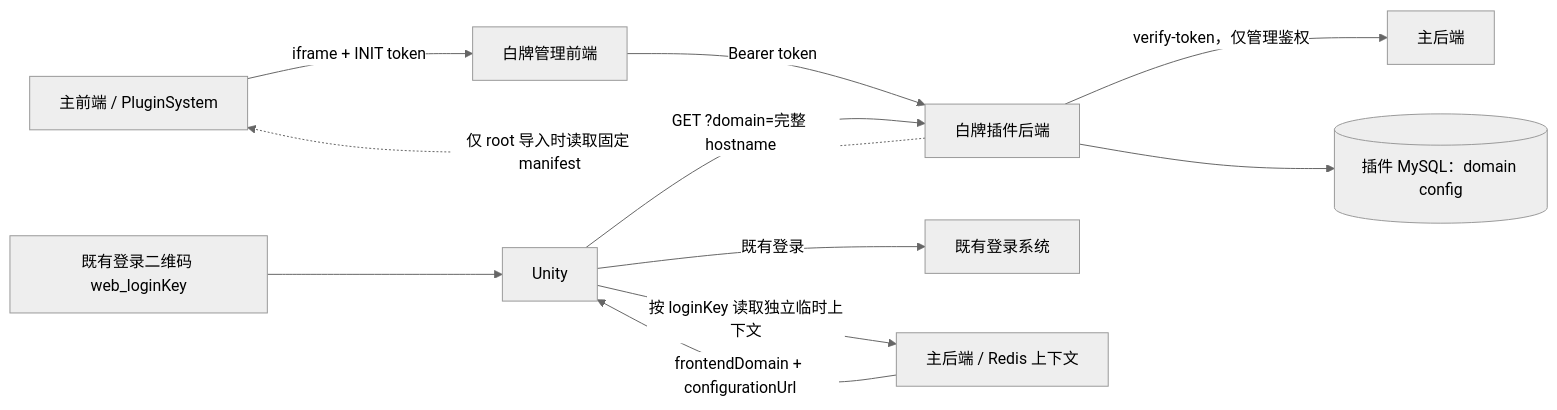
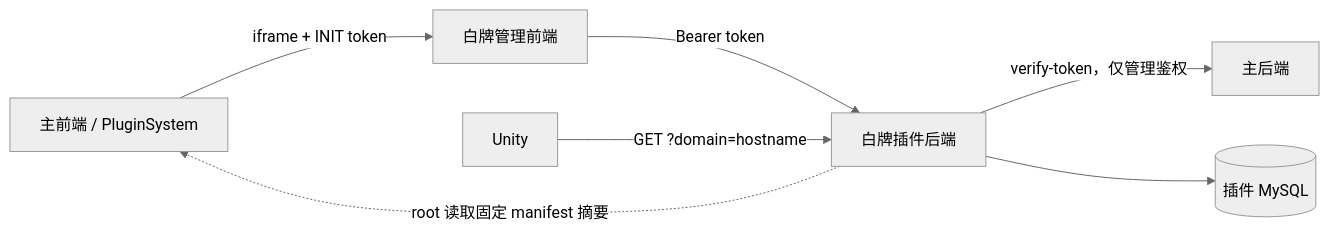
The diagram in docs/architecture.md (7dgame-com/plugin-whitelabel), drawn with Mermaid (neutral theme) before and after one commit. The commit also changed other lines of this file and 31 other files, not shown here.

````diff
--- a/docs/architecture.md
+++ b/docs/architecture.md
@@ -19,14 +18,9 @@
 ```mermaid
 flowchart LR
     Host["主前端 / PluginSystem"] -->|"iframe + INIT token"| UI["白牌管理前端"]
     UI -->|"Bearer token"| API["白牌插件后端"]
     API -->|"verify-token，仅管理鉴权"| Main["主后端"]
-    API -.->|"仅 root 导入时读取固定 manifest"| Host
-    API --> DB[("插件 MySQL：domain config")]
-
-    QR["既有登录二维码 web_loginKey"] --> Unity["Unity"]
-    Unity -->|"既有登录"| Login["既有登录系统"]
-    Unity -->|"按 loginKey 读取独立临时上下文"| Context["主后端 / Redis 上下文"]
-    Context -->|"frontendDomain + configurationUrl"| Unity
-    Unity -->|"GET ?domain=完整 hostname"| API
+    API -.->|"root 读取固定 manifest 摘要"| Host
+    API --> DB[("插件 MySQL")]
+    Unity["Unity"] -->|"GET ?domain=hostname"| API
 ```
````
